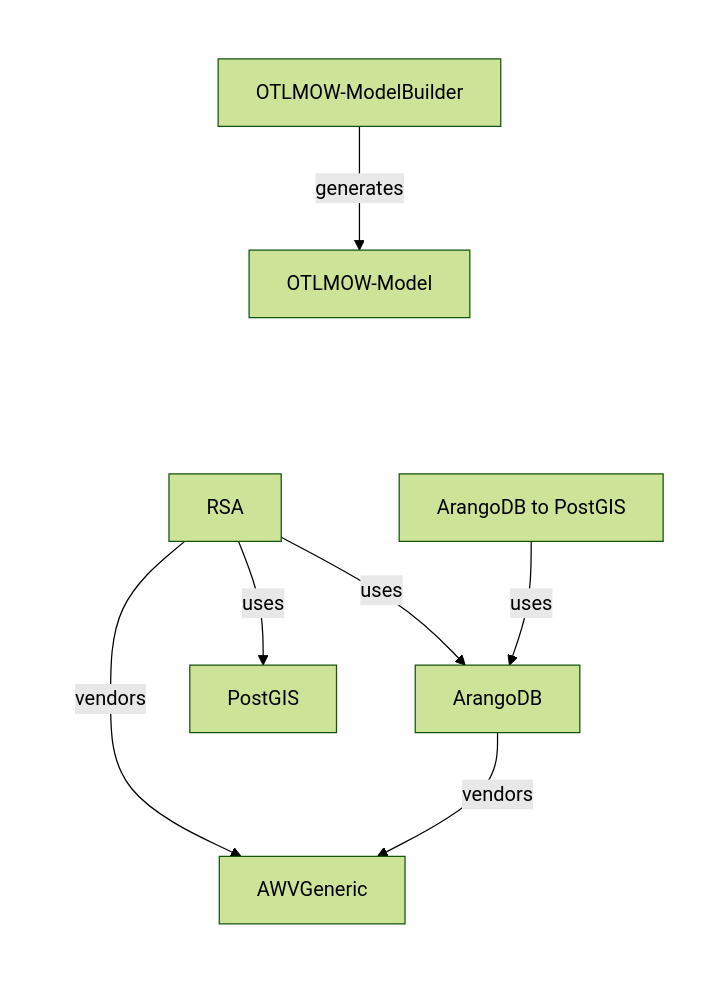
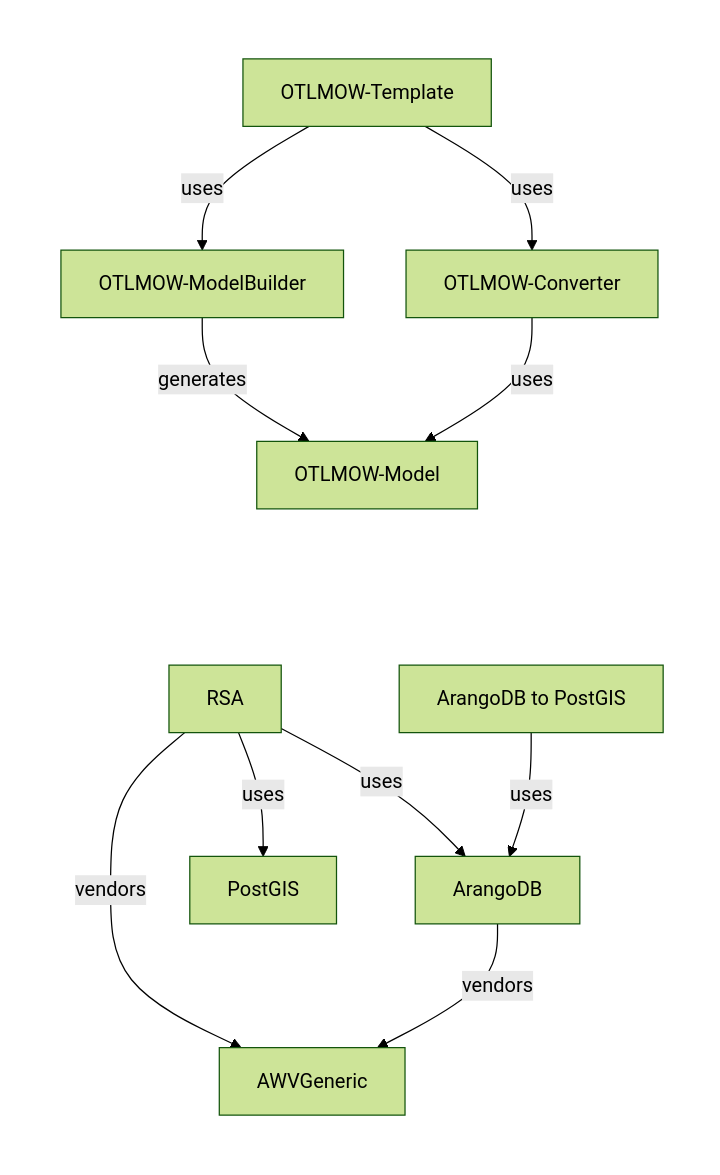
The diagram in repos.mmd (davidvlaminck/Home), drawn with Mermaid (forest theme) before and after one commit. The commit also changed 1 other file, not shown here.

```diff
--- a/repos.mmd
+++ b/repos.mmd
@@ -1,22 +1,27 @@
 flowchart LR
     subgraph cluster_0 [ ]
         awv_generic["AWVGeneric"]
         arango_db["ArangoDB"]
         rsa["RSA"]
         arango_db_to_postgis["ArangoDB to PostGIS"]
         postgis["PostGIS"]
     end
     subgraph cluster_1 [ ]
         model["OTLMOW-Model"]
+        converter["OTLMOW-Converter"]
         modelbuilder["OTLMOW-ModelBuilder"]
+        template["OTLMOW-Template"]
     end
 
     classDef plain fill:none,stroke:none;
     class cluster_0,cluster_1 plain;
 
     rsa -->|vendors| awv_generic
     rsa -->|uses| arango_db
     rsa -->|uses| postgis
     arango_db -->|vendors| awv_generic
     arango_db_to_postgis -->|uses| arango_db
     modelbuilder -->|generates| model
+    converter -->|uses| model
+    template -->|uses| modelbuilder
+    template -->|uses| converter
```
